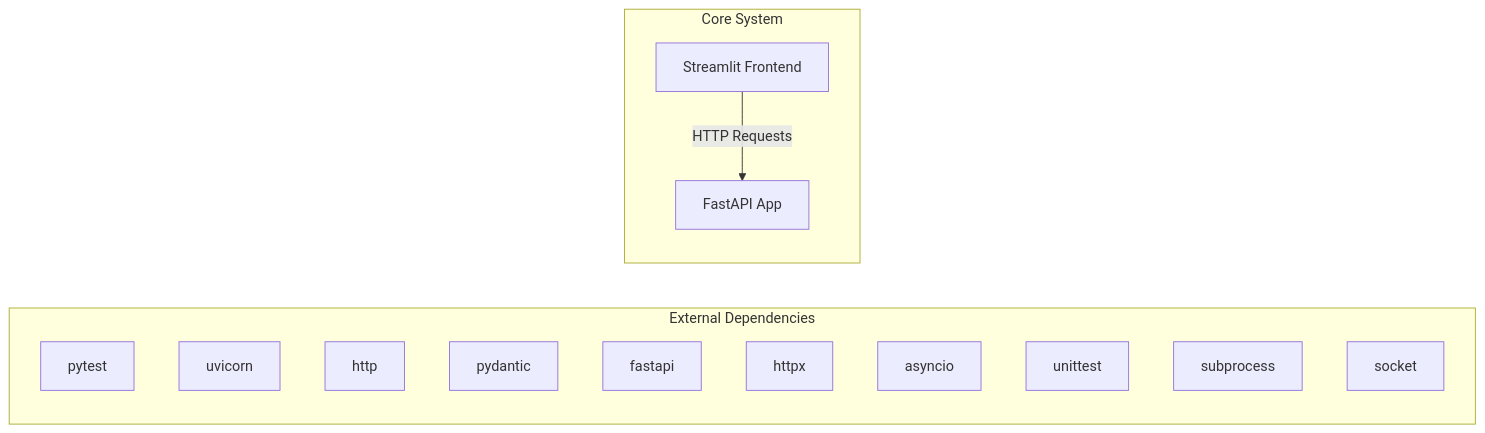
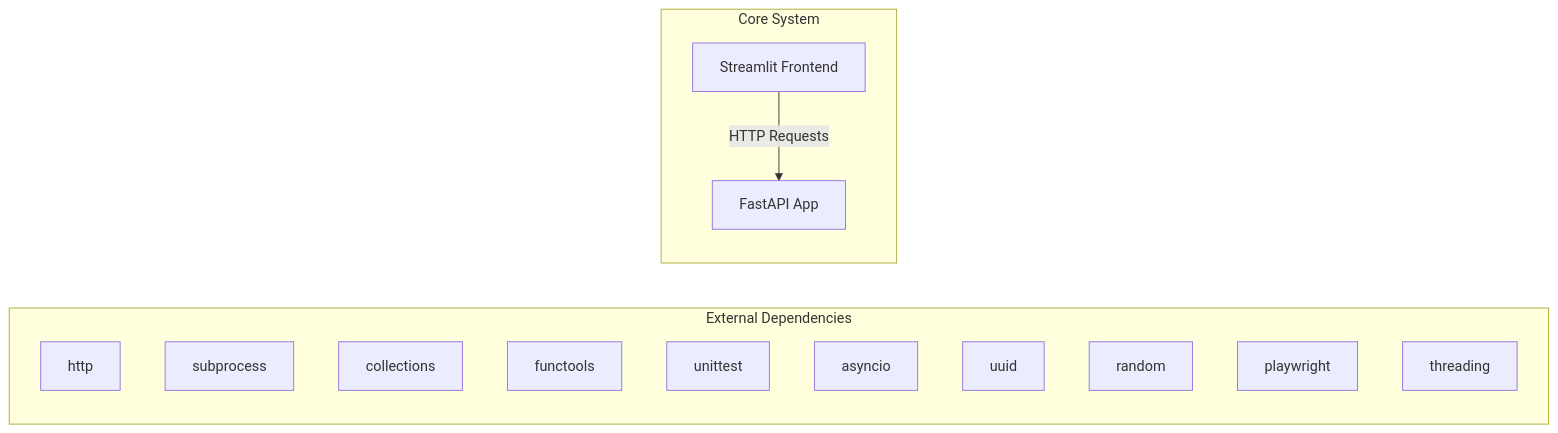
One commit to NITISH-R-G/rag-context-optimizer changed the first of 2 diagrams in docs/architecture.md. Above: the diagram before and after it, drawn with Mermaid. The commit also changed 1 other file, not shown here.

Commit message:
docs: auto-update repository knowledge, architecture diagrams, and documentation

````diff
--- a/docs/architecture.md
+++ b/docs/architecture.md
@@ -7,20 +7,20 @@
 ```mermaid
 graph LR
     subgraph External Dependencies
-        E0["pytest"]
-        E1["uvicorn"]
-        E2["http"]
-        E3["pydantic"]
-        E4["fastapi"]
-        E5["httpx"]
-        E6["asyncio"]
-        E7["unittest"]
-        E8["subprocess"]
-        E9["socket"]
+        E0["http"]
+        E1["subprocess"]
+        E2["collections"]
+        E3["functools"]
+        E4["unittest"]
+        E5["asyncio"]
+        E6["uuid"]
+        E7["random"]
+        E8["playwright"]
+        E9["threading"]
     end
     subgraph Core System
         API["FastAPI App"]
         UI["Streamlit Frontend"]
     end
     UI -->|HTTP Requests| API
 ```
````
